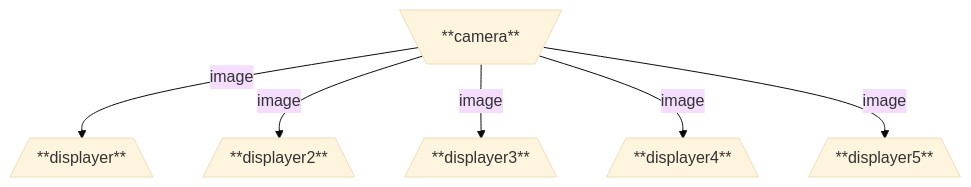
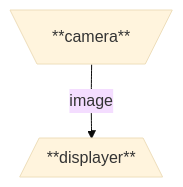
One commit to TAMU-Robomasters/Goose-Eyes changed the diagram in generated/dataflow.mmd. Above: the diagram before and after it, drawn with Mermaid (base theme). The commit also changed 20 other files, not shown here.

```diff
--- a/generated/dataflow.mmd
+++ b/generated/dataflow.mmd
@@ -1,12 +1,4 @@
 flowchart TB
   camera[\"**camera**"/]
   displayer[/"**displayer**"\]
-  displayer2[/"**displayer2**"\]
-  displayer3[/"**displayer3**"\]
-  displayer4[/"**displayer4**"\]
-  displayer5[/"**displayer5**"\]
   camera -- image --> displayer
-  camera -- image --> displayer2
-  camera -- image --> displayer3
-  camera -- image --> displayer4
-  camera -- image --> displayer5
```
